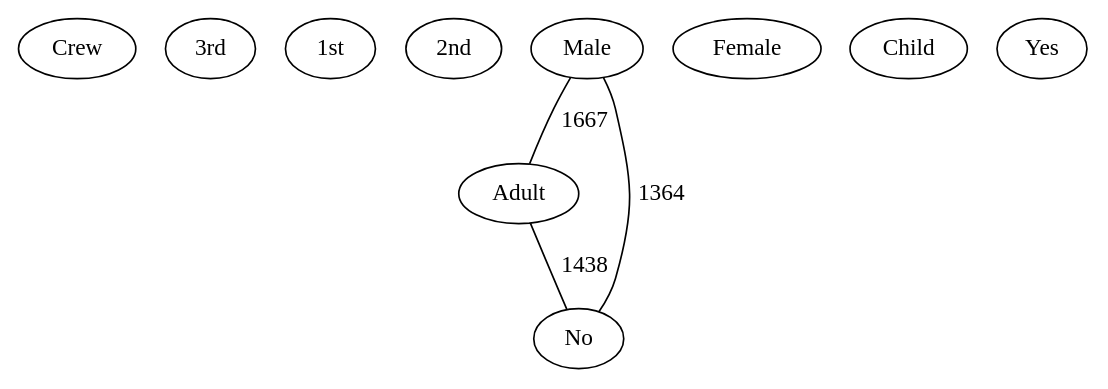
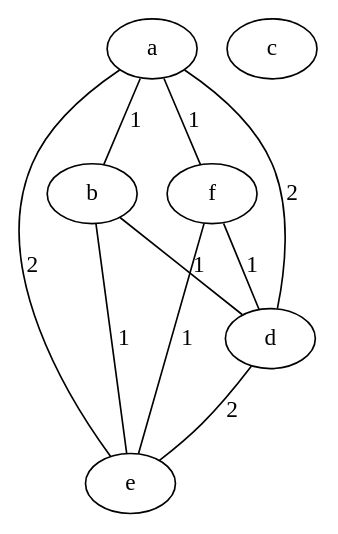
The diagram in src/extension/plainGraph_with_threshold.dot (lrodrin/TFG), drawn with Graphviz before and after one commit. The commit also changed 8 other files, not shown here.

```diff
--- a/src/extension/plainGraph_with_threshold.dot
+++ b/src/extension/plainGraph_with_threshold.dot
@@ -1,15 +1,17 @@
 strict graph "" {
-Crew;
-"3rd";
-"1st";
-"2nd";
-Male;
-Female;
-Adult;
-Child;
-No;
-Yes;
-Male -- Adult  [color=black, label=1667, style=solid];
-Male -- No  [color=black, label=1364, style=solid];
-Adult -- No  [color=black, label=1438, style=solid];
+a;
+c;
+b;
+f;
+d;
+e;
+a -- b  [color=black, label=1, style=solid];
+a -- f  [color=black, label=1, style=solid];
+a -- d  [color=black, label=2, style=solid];
+a -- e  [color=black, label=2, style=solid];
+b -- d  [color=black, label=1, style=solid];
+b -- e  [color=black, label=1, style=solid];
+f -- d  [color=black, label=1, style=solid];
+f -- e  [color=black, label=1, style=solid];
+d -- e  [color=black, label=2, style=solid];
 }
```
